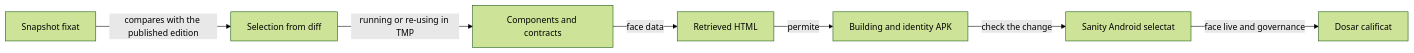
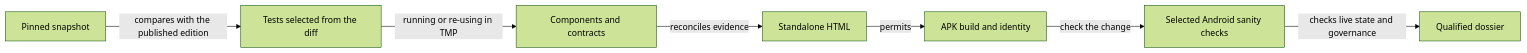
The first of 2 diagrams in docs/testing/ATF_ReleaseQualification.md (crististefanita/atf_j4), drawn with Mermaid (forest theme) before and after one commit. The commit also changed other lines of this file and 26 other files, not shown here.

````diff
--- a/docs/testing/ATF_ReleaseQualification.md
+++ b/docs/testing/ATF_ReleaseQualification.md
@@ -11,9 +11,9 @@
 ```mermaid
 flowchart LR
-    SOURCE[Snapshot fixat] -->|compares with the published edition| DIFF[Selection from diff]
+    SOURCE[Pinned snapshot] -->|compares with the published edition| DIFF[Tests selected from the diff]
     DIFF -->|running or re-using in TMP| JVM[Components and contracts]
-    JVM -->|face data| HTML[Retrieved HTML]
-    HTML -->|permite| APK[Building and identity APK]
-    APK -->|check the change| NATIVE[Sanity Android selectat]
-    NATIVE -->|face live and governance| HANDOFF[Dosar calificat]
+    JVM -->|reconciles evidence| HTML[Standalone HTML]
+    HTML -->|permits| APK[APK build and identity]
+    APK -->|check the change| NATIVE[Selected Android sanity checks]
+    NATIVE -->|checks live state and governance| HANDOFF[Qualified dossier]
 ```
````
